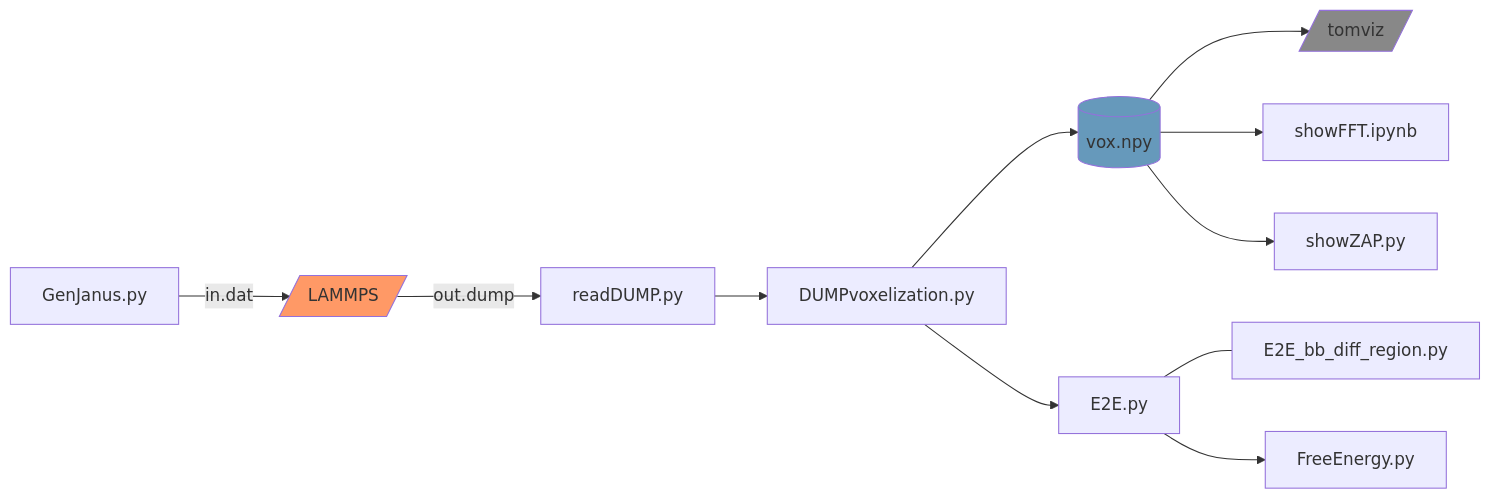
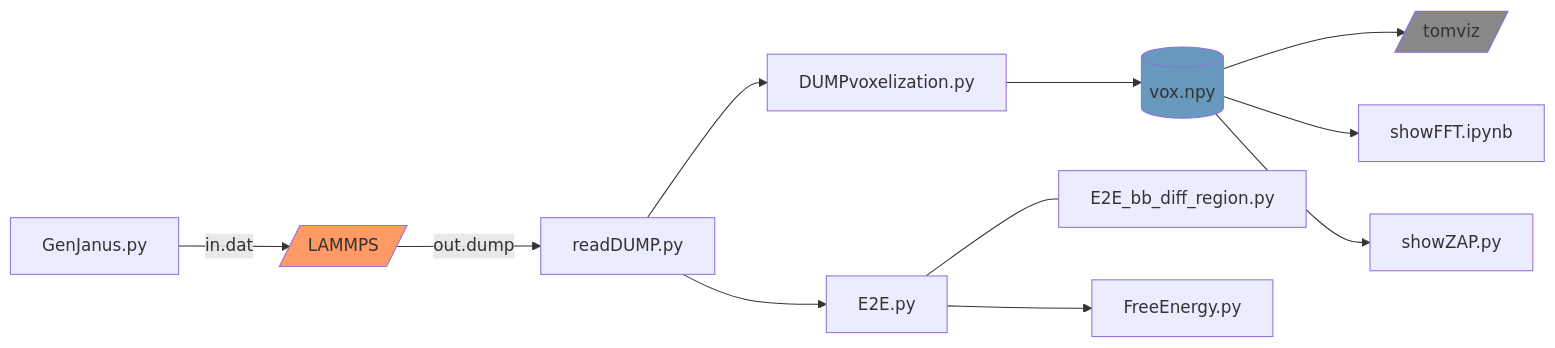
One commit to Z-H-Sun/IMCmesh changed the first of 2 diagrams in README.md. Above: the diagram before and after it, drawn with Mermaid. The commit also changed other lines of this file and 2 other files, not shown here.

````diff
--- a/README.md
+++ b/README.md
@@ -32,16 +32,16 @@
 ```mermaid
 graph LR;
     A[GenJanus.py]-->|in.dat|B[/LAMMPS/];
     B-->|out.dump|C[readDUMP.py];
     C-->D[DUMPvoxelization.py];
     D-->E[(vox.npy)];
     E-->F[/tomviz/];
     E-->G[showFFT.ipynb];
     E-->H[showZAP.py];
-    D-->I[E2E.py];
+    C-->I[E2E.py];
     I---J[E2E_bb_diff_region.py];
     I-->K[FreeEnergy.py];
     style B fill:#f96;
     style E fill:#69b;
     style F fill:#888;
 ```
````
